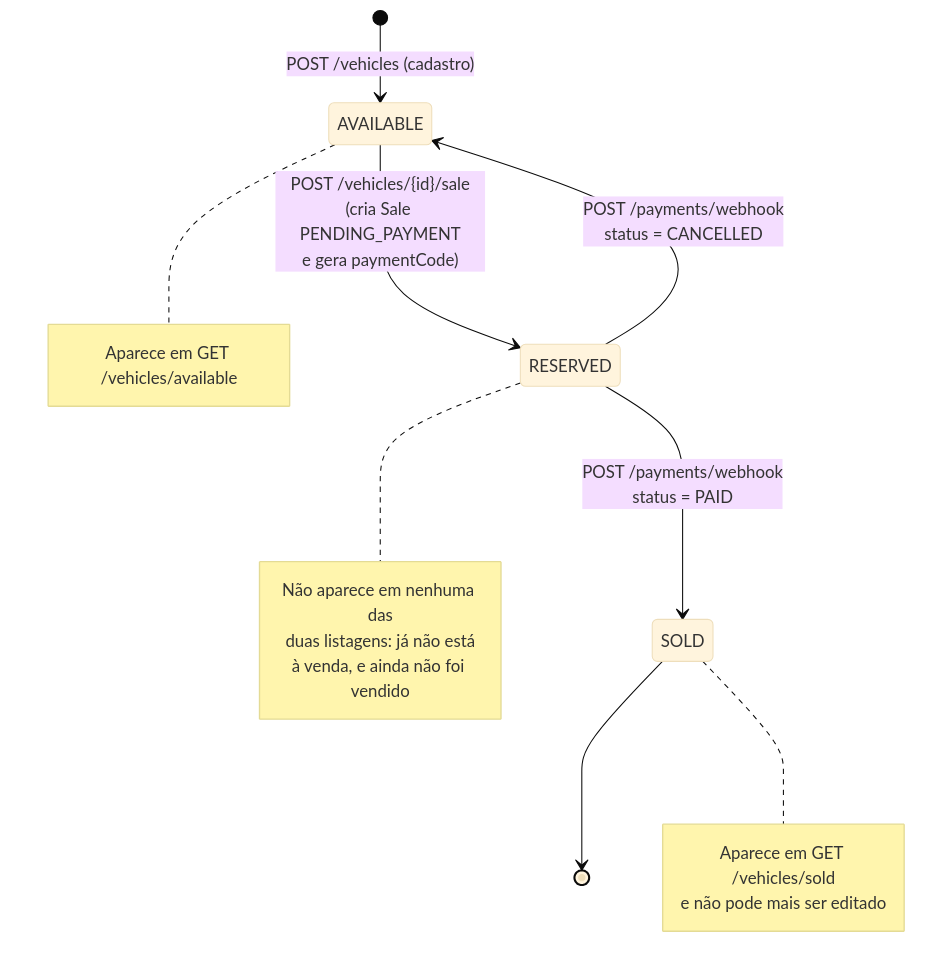
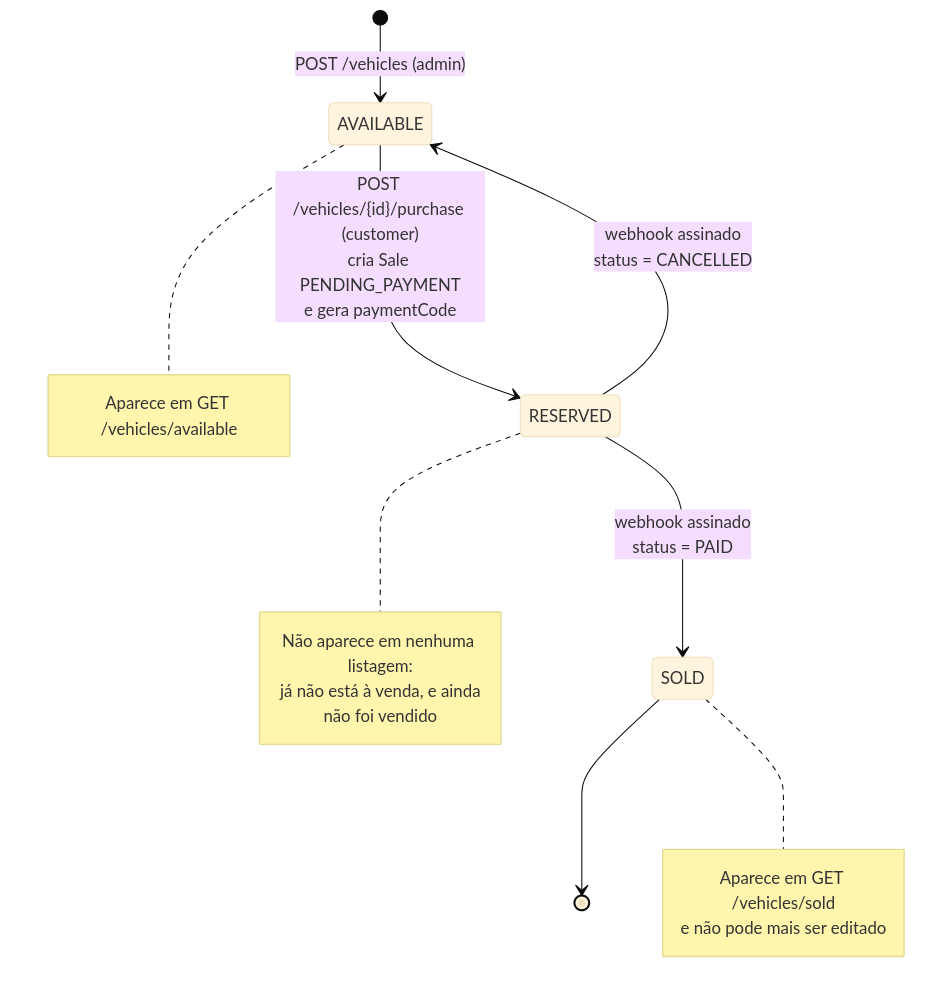
One commit to lucasreinaldo-bash/soat-vehicle-sales changed the first of 3 diagrams in README.md. Above: the diagram before and after it, drawn with Mermaid (base theme). The commit also changed other lines of this file and 2 other files, not shown here.

````diff
--- a/README.md
+++ b/README.md
@@ -76,21 +144,21 @@
 ```mermaid
 stateDiagram-v2
-    [*] --> AVAILABLE: POST /vehicles (cadastro)
-    AVAILABLE --> RESERVED: POST /vehicles/{id}/sale<br/>(cria Sale PENDING_PAYMENT<br/>e gera paymentCode)
-    RESERVED --> SOLD: POST /payments/webhook<br/>status = PAID
-    RESERVED --> AVAILABLE: POST /payments/webhook<br/>status = CANCELLED
+    [*] --> AVAILABLE: POST /vehicles (admin)
+    AVAILABLE --> RESERVED: POST /vehicles/{id}/purchase (customer)<br/>cria Sale PENDING_PAYMENT<br/>e gera paymentCode
+    RESERVED --> SOLD: webhook assinado<br/>status = PAID
+    RESERVED --> AVAILABLE: webhook assinado<br/>status = CANCELLED
     SOLD --> [*]
 
     note right of AVAILABLE
         Aparece em GET /vehicles/available
     end note
     note right of RESERVED
-        Não aparece em nenhuma das
-        duas listagens: já não está
-        à venda, e ainda não foi vendido
+        Não aparece em nenhuma listagem:
+        já não está à venda, e ainda
+        não foi vendido
     end note
     note right of SOLD
         Aparece em GET /vehicles/sold
         e não pode mais ser editado
     end note
 ```
````
